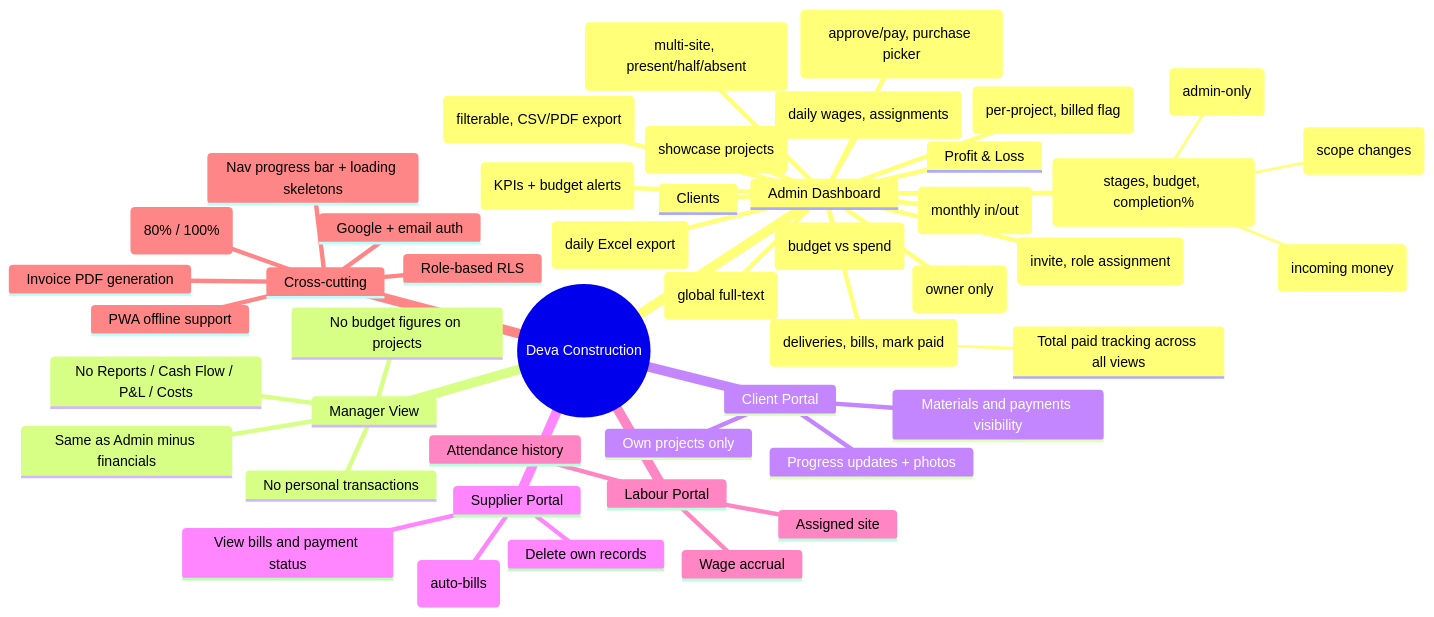
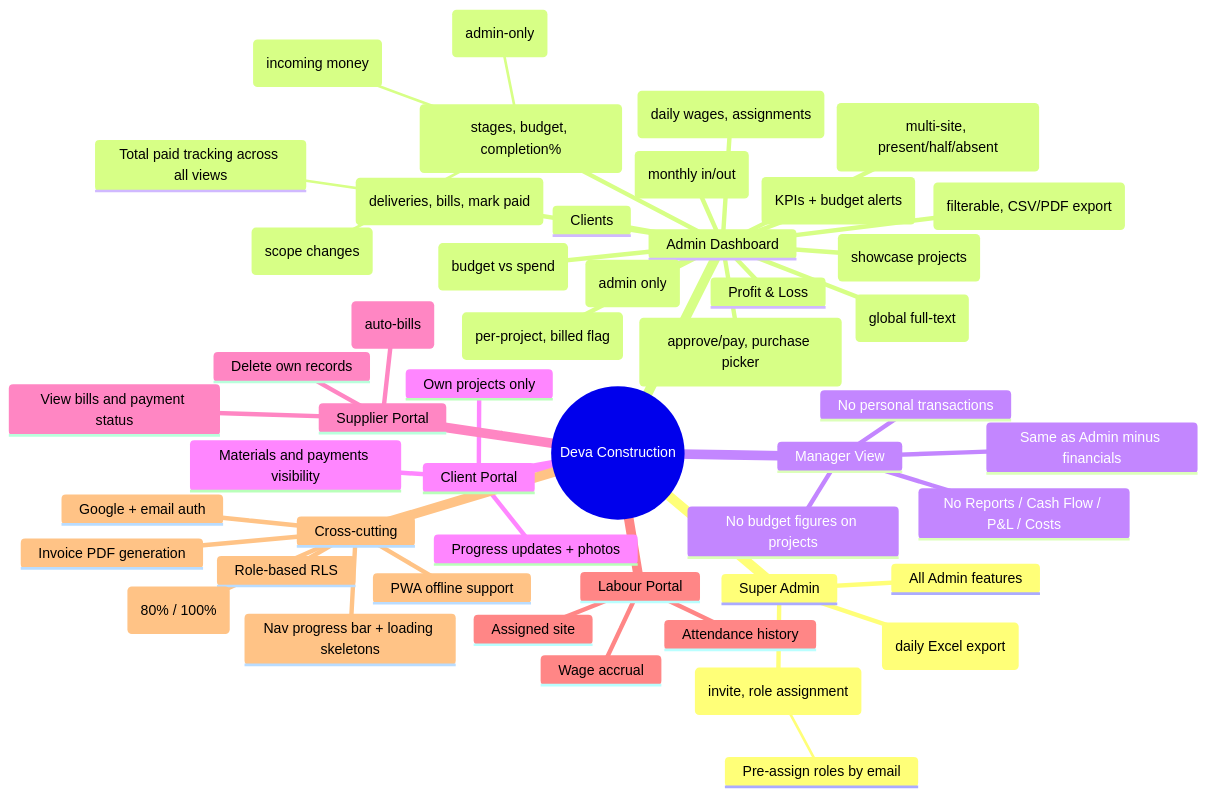
One commit to ChinmayKumarT/deva-construction changed the diagram in brain/mindmap.md. Above: the diagram before and after it, drawn with Mermaid. The commit also changed other lines of this file and 4 other files, not shown here.

First line of the commit message:
Update brain: superadmin role, role reservations, roadmap milestones

````diff
--- a/brain/mindmap.md
+++ b/brain/mindmap.md
@@ -12,50 +12,53 @@
 ```mermaid
 mindmap
   root((Deva Construction))
+    Super Admin
+      Team Access (invite, role assignment)
+        Pre-assign roles by email
+      Backup (daily Excel export)
+      All Admin features
     Admin Dashboard
       Overview (KPIs + budget alerts)
       Projects (stages, budget, completion%)
         Budget Extensions (admin-only)
         Change Orders (scope changes)
         Client Payments (incoming money)
       Clients
       Suppliers (deliveries, bills, mark paid)
         Total paid tracking across all views
       Labour (daily wages, assignments)
       Materials (per-project, billed flag)
       Payments (approve/pay, purchase picker)
       Attendance (multi-site, present/half/absent)
       Reports (filterable, CSV/PDF export)
       Cash Flow (monthly in/out)
       Profit & Loss
       Cost Tracking (budget vs spend)
       Search (global full-text)
-      Team Access (invite, role assignment)
-      Backup (daily Excel export)
-      Personal Transactions (owner only)
+      Personal Transactions (admin only)
       Website Management (showcase projects)
     Manager View
       Same as Admin minus financials
       No Reports / Cash Flow / P&L / Costs
       No personal transactions
       No budget figures on projects
     Client Portal
       Own projects only
       Progress updates + photos
       Materials and payments visibility
     Supplier Portal
       Record deliveries (auto-bills)
       View bills and payment status
       Delete own records
     Labour Portal
       Attendance history
       Wage accrual
       Assigned site
     Cross-cutting
       Google + email auth
       Role-based RLS
       PWA offline support
       Invoice PDF generation
       Budget alerts (80% / 100%)
       Nav progress bar + loading skeletons
 ```
````
